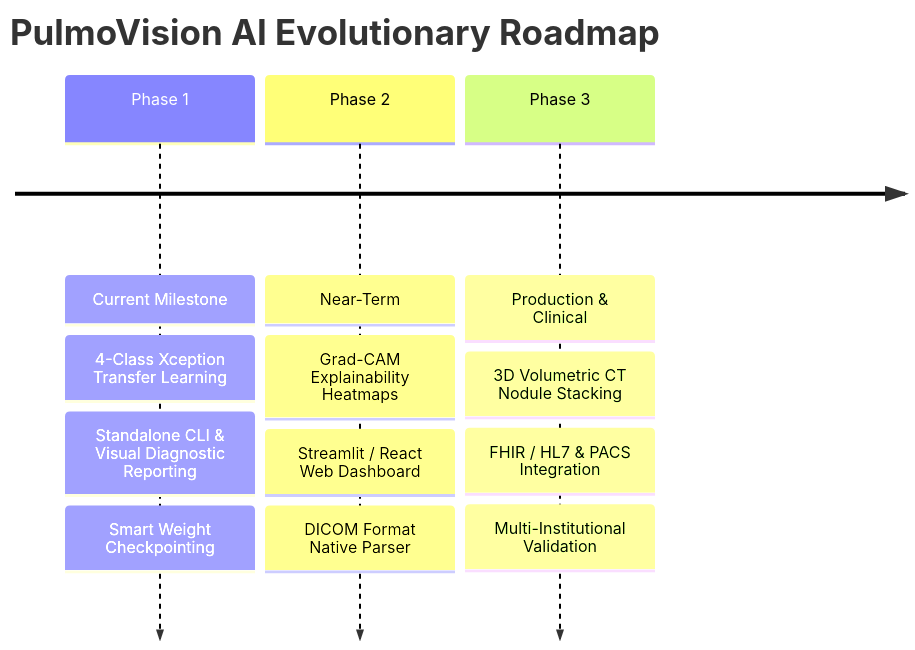
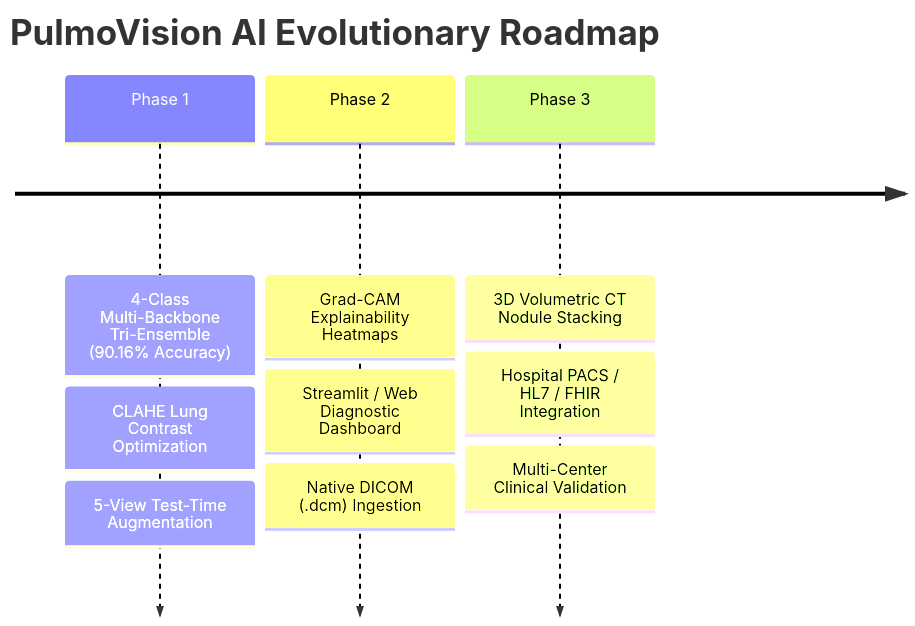
Before and after one commit to Ensemble-Hackers/Lung-cancer-detection-CNN: the second of 2 diagrams in report.md, drawn with Mermaid. The commit also changed other lines of this file and 9 other files, not shown here.

````diff
--- a/report.md
+++ b/report.md
@@ -250,7 +315,7 @@
 ```mermaid
 timeline
     title PulmoVision AI Evolutionary Roadmap
-    Phase 1 : Current Milestone : 4-Class Xception Transfer Learning : Standalone CLI & Visual Diagnostic Reporting : Smart Weight Checkpointing
-    Phase 2 : Near-Term : Grad-CAM Explainability Heatmaps : Streamlit / React Web Dashboard : DICOM Format Native Parser
-    Phase 3 : Production & Clinical : 3D Volumetric CT Nodule Stacking : FHIR / HL7 & PACS Integration : Multi-Institutional Validation
+    Phase 1 : 4-Class Multi-Backbone Tri-Ensemble (90.16% Accuracy) : CLAHE Lung Contrast Optimization : 5-View Test-Time Augmentation
+    Phase 2 : Grad-CAM Explainability Heatmaps : Streamlit / Web Diagnostic Dashboard : Native DICOM (.dcm) Ingestion
+    Phase 3 : 3D Volumetric CT Nodule Stacking : Hospital PACS / HL7 / FHIR Integration : Multi-Center Clinical Validation
 ```
````
